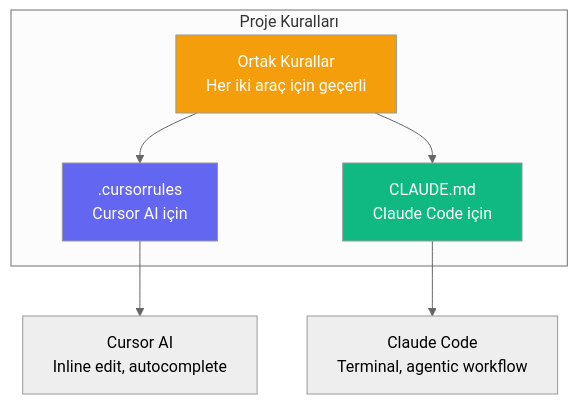
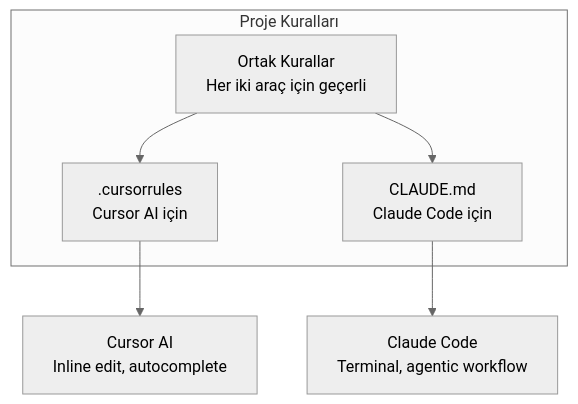
The second of 4 diagrams in 15-entegrasyonlar/03-cursor-ide-kullanimi.md (IzzetYasinAtes/ClaudeCodeHandbook), drawn with Mermaid (neutral theme) before and after one commit. The commit also changed other lines of this file and 97 other files, not shown here.

Commit message:
Remove all custom Mermaid style/fill colors from 98 markdown files for consistent dark theme rendering

````diff
--- a/15-entegrasyonlar/03-cursor-ide-kullanimi.md
+++ b/15-entegrasyonlar/03-cursor-ide-kullanimi.md
@@ -86,17 +82,14 @@
 ```mermaid
 flowchart TB
     subgraph rules ["Proje Kuralları"]
         CR[".cursorrules<br/>Cursor AI için"]
         CM["CLAUDE.md<br/>Claude Code için"]
         SH["Ortak Kurallar<br/>Her iki araç için geçerli"]
     end
 
     CR --> CA["Cursor AI<br/>Inline edit, autocomplete"]
     CM --> CC["Claude Code<br/>Terminal, agentic workflow"]
     SH --> CR
     SH --> CM
 
-    style CR fill:#6366F1,color:#fff
-    style CM fill:#10B981,color:#fff
-    style SH fill:#F59E0B,color:#fff
 ```
````
